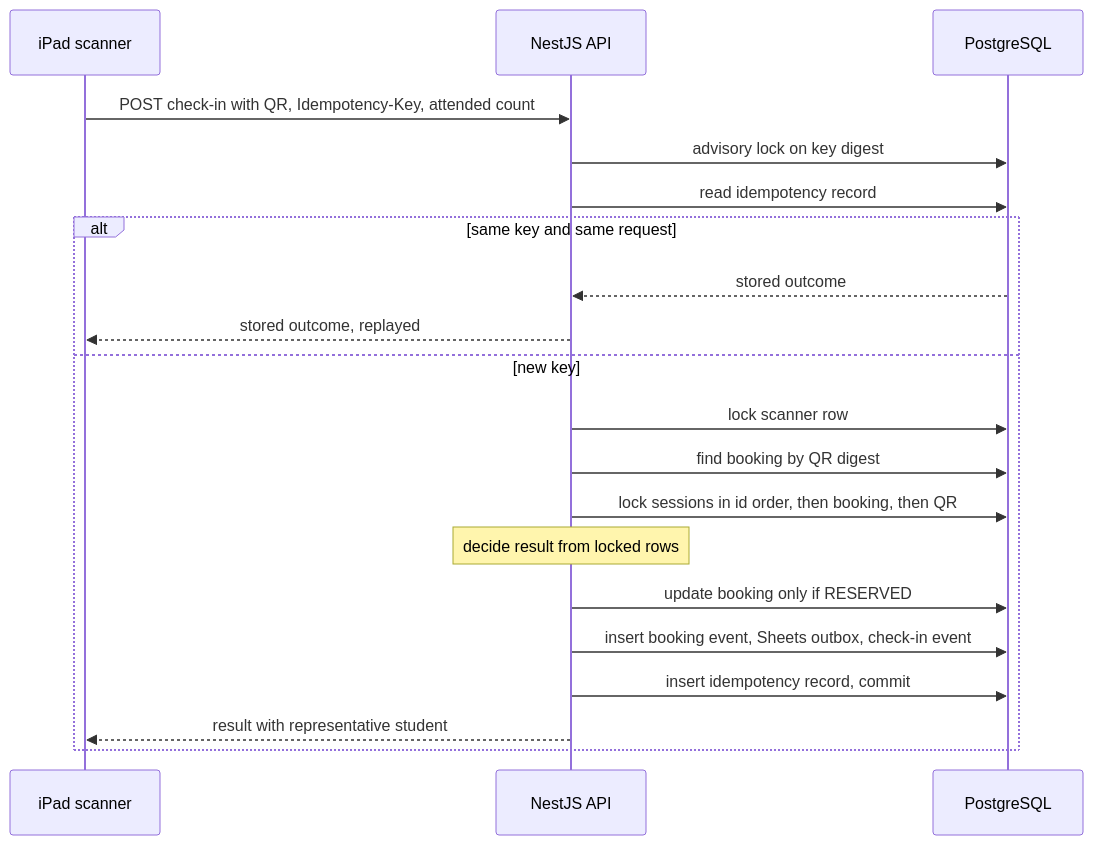
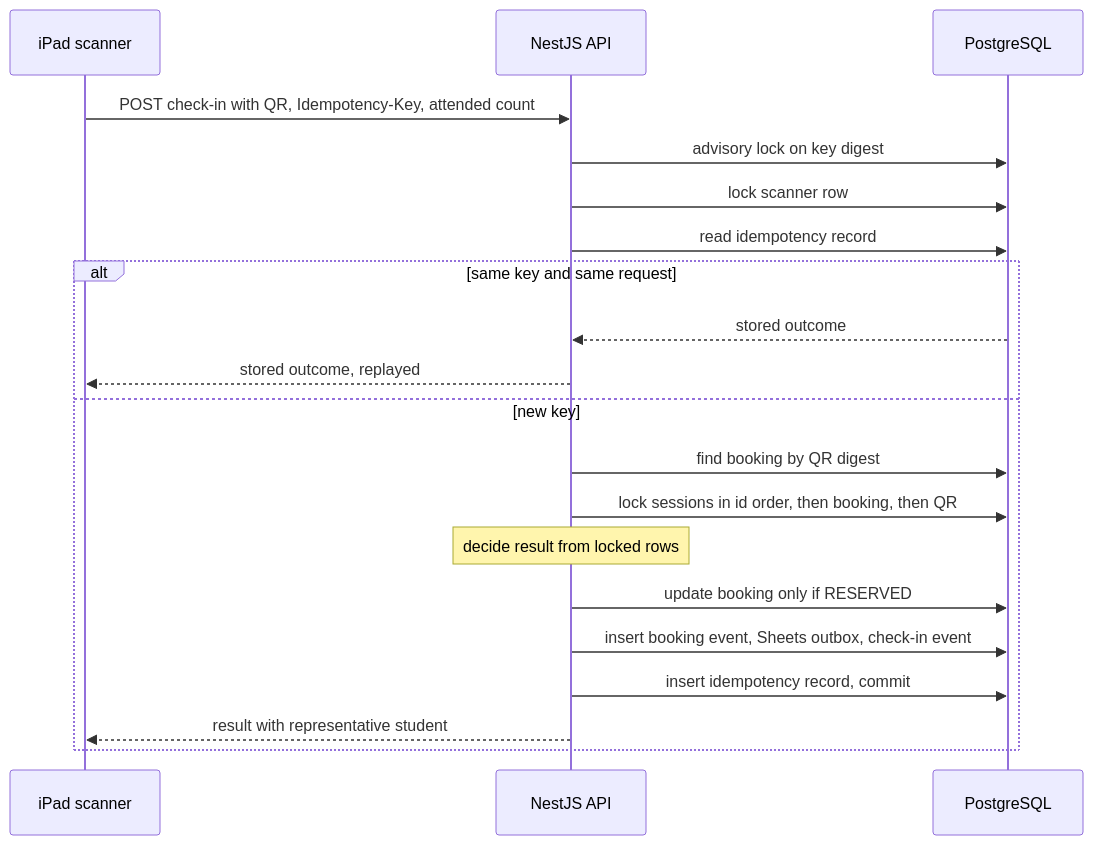
Before and after one commit to gjaku1031/ken-blog: the fourth of 4 diagrams in content/posts/doc-71ac4b10-9f99-4251-893d-a57dd46ad334.md, drawn with Mermaid. The commit also changed other lines of this file and 17 other files, not shown here.

````diff
--- a/content/posts/doc-71ac4b10-9f99-4251-893d-a57dd46ad334.md
+++ b/content/posts/doc-71ac4b10-9f99-4251-893d-a57dd46ad334.md
@@ -191,23 +193,23 @@
 ```mermaid caption="재전송된 요청은 잠금 이후 단계를 거치지 않고 저장된 결과를 돌려받음"
 sequenceDiagram
     %% legend: solid=요청; dotted=응답
     participant Scanner as iPad scanner
     participant API as NestJS API
     participant DB as PostgreSQL
     Scanner->>API: POST check-in with QR, Idempotency-Key, attended count
     API->>DB: advisory lock on key digest
+    API->>DB: lock scanner row
     API->>DB: read idempotency record
     alt same key and same request
         DB-->>API: stored outcome
         API-->>Scanner: stored outcome, replayed
     else new key
-        API->>DB: lock scanner row
         API->>DB: find booking by QR digest
         API->>DB: lock sessions in id order, then booking, then QR
         Note over API: decide result from locked rows
         API->>DB: update booking only if RESERVED
         API->>DB: insert booking event, Sheets outbox, check-in event
         API->>DB: insert idempotency record, commit
         API-->>Scanner: result with representative student
     end
 ```
````
